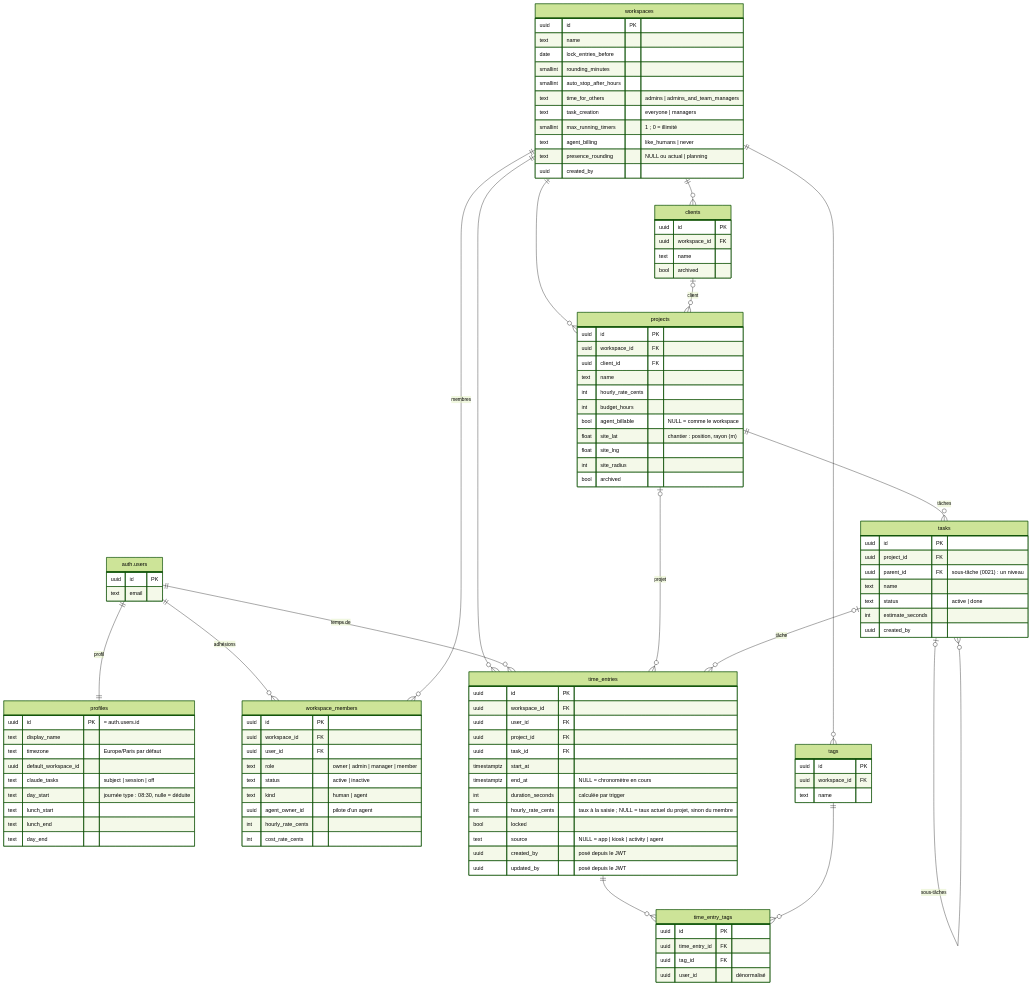
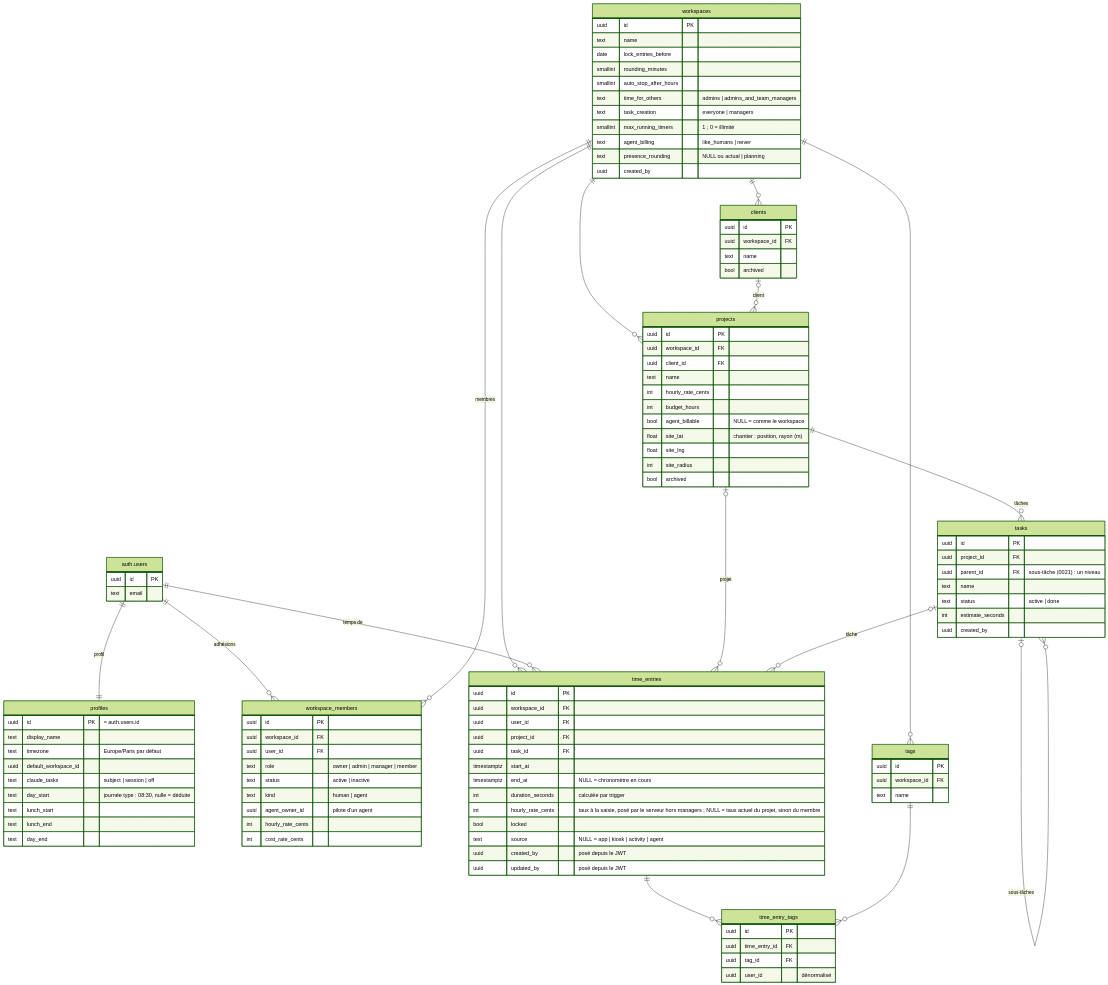
One commit to ysimonx/Clockifai changed the first of 3 diagrams in docs/architecture/donnees.md. Above: the diagram before and after it, drawn with Mermaid (forest theme). The commit also changed other lines of this file and 23 other files, not shown here.

```diff
--- a/docs/architecture/donnees.md
+++ b/docs/architecture/donnees.md
@@ -119,7 +119,7 @@
     timestamptz start_at
     timestamptz end_at "NULL = chronomètre en cours"
     int duration_seconds "calculée par trigger"
-    int hourly_rate_cents "taux à la saisie ; NULL = taux actuel du projet, sinon du membre"
+    int hourly_rate_cents "taux à la saisie, posé par le serveur hors managers ; NULL = taux actuel du projet, sinon du membre"
     bool locked
     text source "NULL = app | kiosk | activity | agent"
     uuid created_by "posé depuis le JWT"
```
